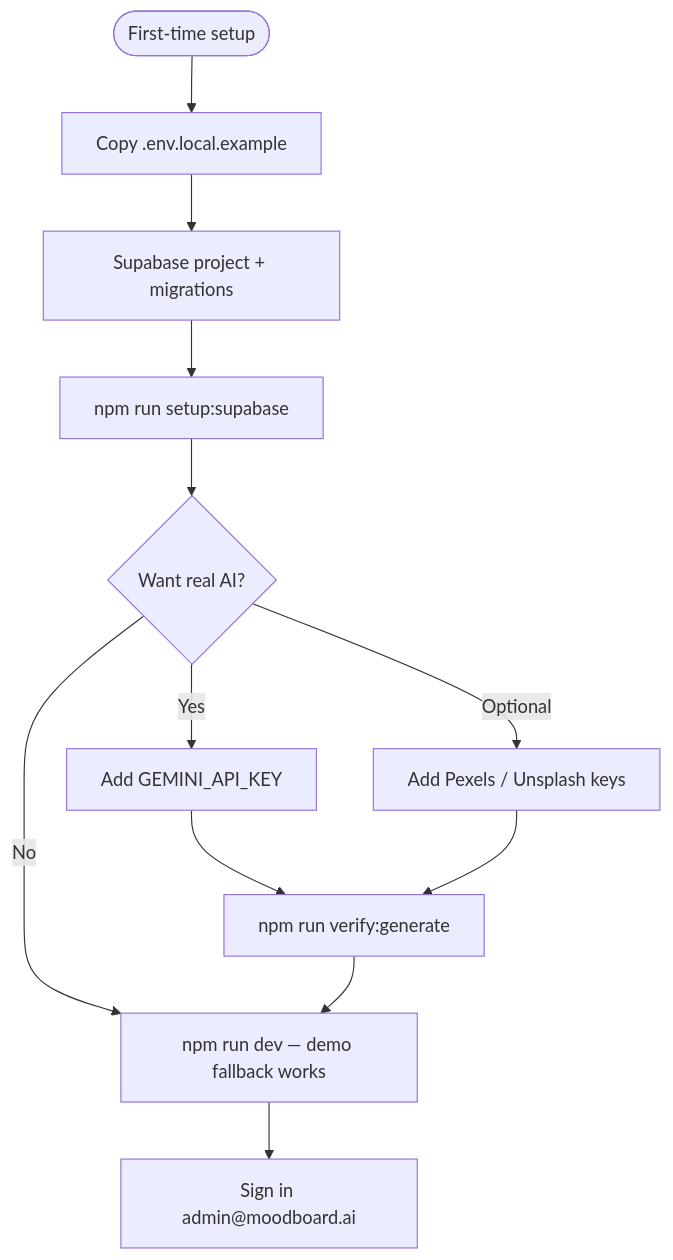
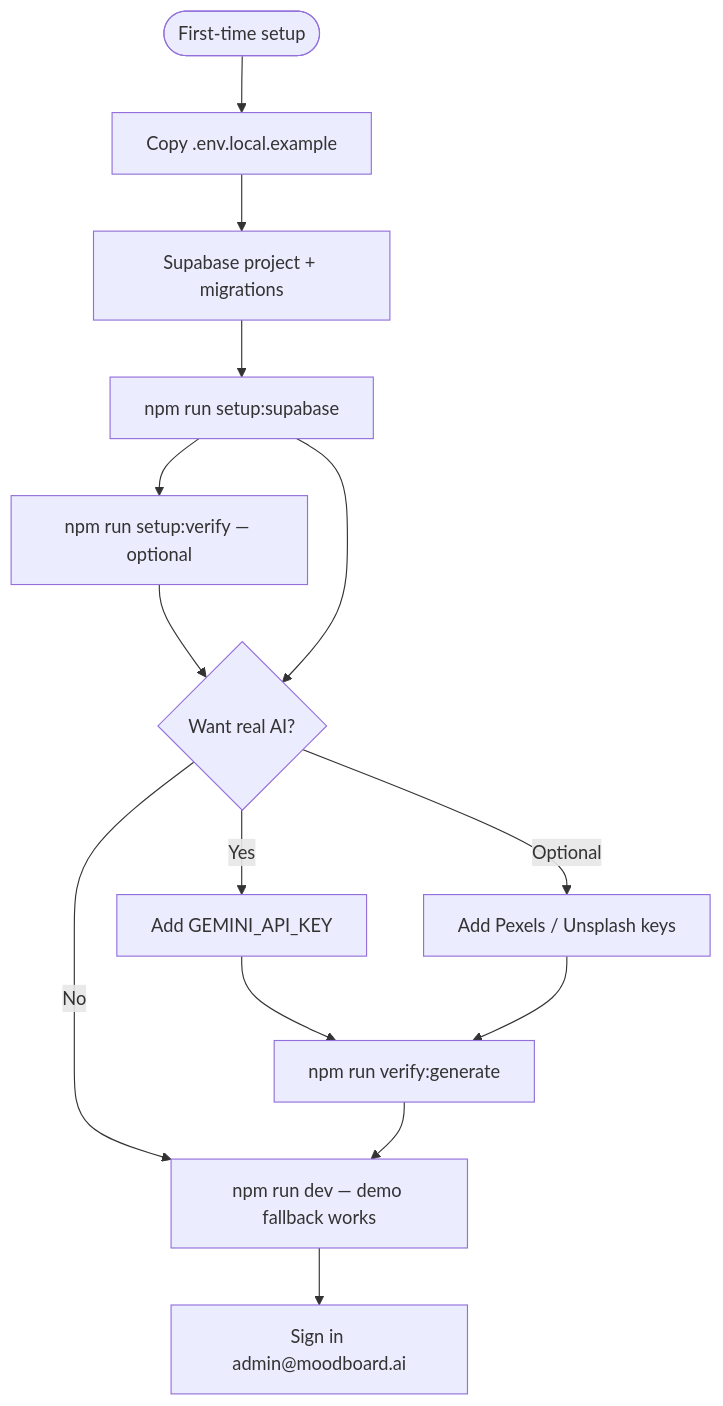
One commit to NehangPatel23/Moodboard-AI changed the diagram in docs/MANUAL_SETUP.md. Above: the diagram before and after it, drawn with Mermaid. The commit also changed other lines of this file and 19 other files, not shown here.

````diff
--- a/docs/MANUAL_SETUP.md
+++ b/docs/MANUAL_SETUP.md
@@ -7,14 +7,16 @@
 ```mermaid
 flowchart TD
   start(["First-time setup"]) --> env["Copy .env.local.example"]
   env --> sb["Supabase project + migrations"]
   sb --> setup["npm run setup:supabase"]
-  setup --> gemini{"Want real AI?"}
+  setup --> verifySb["npm run setup:verify — optional"]
+  verifySb --> gemini{"Want real AI?"}
+  setup --> gemini
   gemini -->|Yes| key["Add GEMINI_API_KEY"]
   gemini -->|Optional| photos["Add Pexels / Unsplash keys"]
   key --> verify["npm run verify:generate"]
   photos --> verify
   gemini -->|No| dev["npm run dev — demo fallback works"]
   verify --> dev
   dev --> login["Sign in admin@moodboard.ai"]
 ```
````
